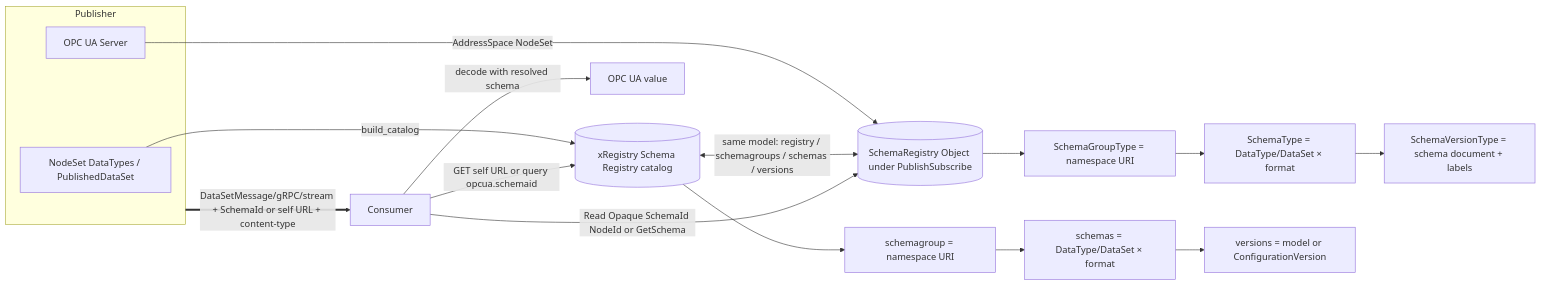
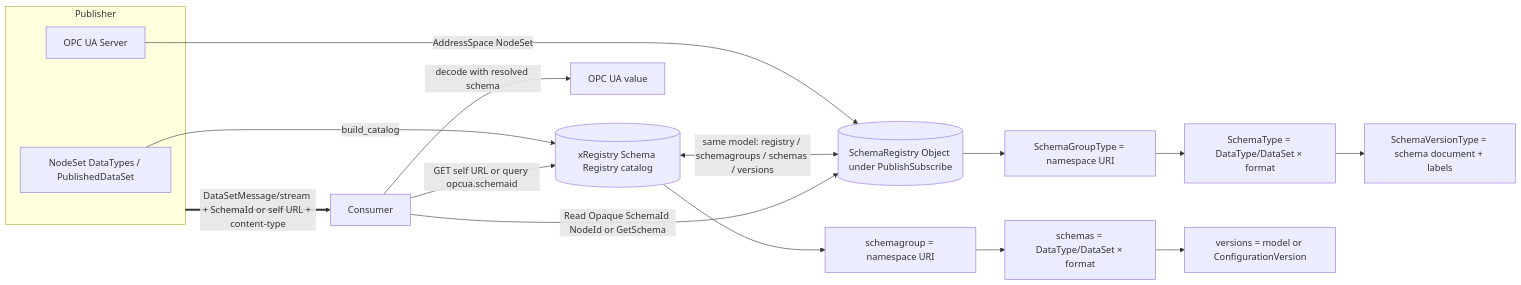
Before and after one commit to marcschier/opcua-drafts: the diagram in core-specs/schema-registry/OPC-UA-Schema-Registry.md, drawn with Mermaid. The commit also changed other lines of this file and 63 other files, not shown here.

````diff
--- a/core-specs/schema-registry/OPC-UA-Schema-Registry.md
+++ b/core-specs/schema-registry/OPC-UA-Schema-Registry.md
@@ -68,20 +68,20 @@
 ```mermaid
 graph LR
   subgraph Publisher
     NS[NodeSet DataTypes / PublishedDataSet]
     SRV[OPC UA Server]
   end
   NS -->|build_catalog| REG[(xRegistry Schema Registry catalog)]
   SRV -->|AddressSpace NodeSet| AS[(SchemaRegistry Object under PublishSubscribe)]
   REG <--> |same model: registry / schemagroups / schemas / versions| AS
   REG --> SG[schemagroup = namespace URI]
   AS --> SG2[SchemaGroupType = namespace URI]
   SG --> S1[schemas = DataType/DataSet × format]
   SG2 --> S2[SchemaType = DataType/DataSet × format]
   S1 --> V1[versions = model or ConfigurationVersion]
   S2 --> V2[SchemaVersionType = schema document + labels]
-  Publisher ==>|DataSetMessage/gRPC/stream + SchemaId or self URL + content-type| Consumer
+  Publisher ==>|DataSetMessage/stream + SchemaId or self URL + content-type| Consumer
   Consumer -->|Read Opaque SchemaId NodeId or GetSchema| AS
   Consumer -->|GET self URL or query opcua.schemaid| REG
   Consumer -->|decode with resolved schema| VALUE[OPC UA value]
 ```
````
